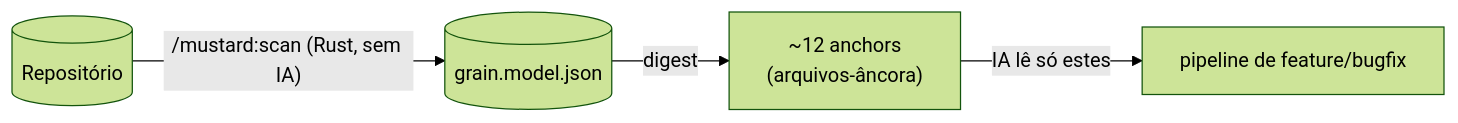
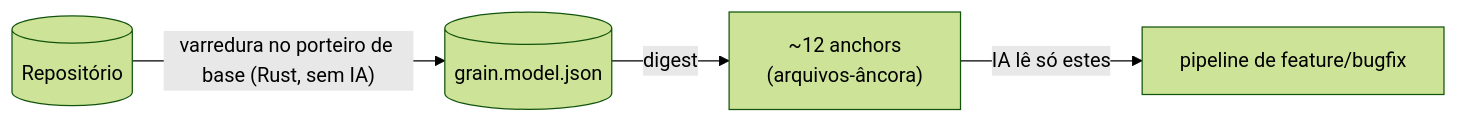
One commit to rubensrpj/mustard changed the first of 2 diagrams in README.md. Above: the diagram before and after it, drawn with Mermaid (forest theme). The commit also changed other lines of this file and 39 other files, not shown here.

````diff
--- a/README.md
+++ b/README.md
@@ -17,6 +17,6 @@
 ```mermaid
 flowchart LR
-    repo[("Repositório")] -->|"/mustard:scan (Rust, sem IA)"| model[("grain.model.json")]
+    repo[("Repositório")] -->|"varredura no porteiro de base (Rust, sem IA)"| model[("grain.model.json")]
     model -->|digest| anchors["~12 anchors<br/>(arquivos-âncora)"]
     anchors -->|"IA lê só estes"| work["pipeline de feature/bugfix"]
 ```
````
